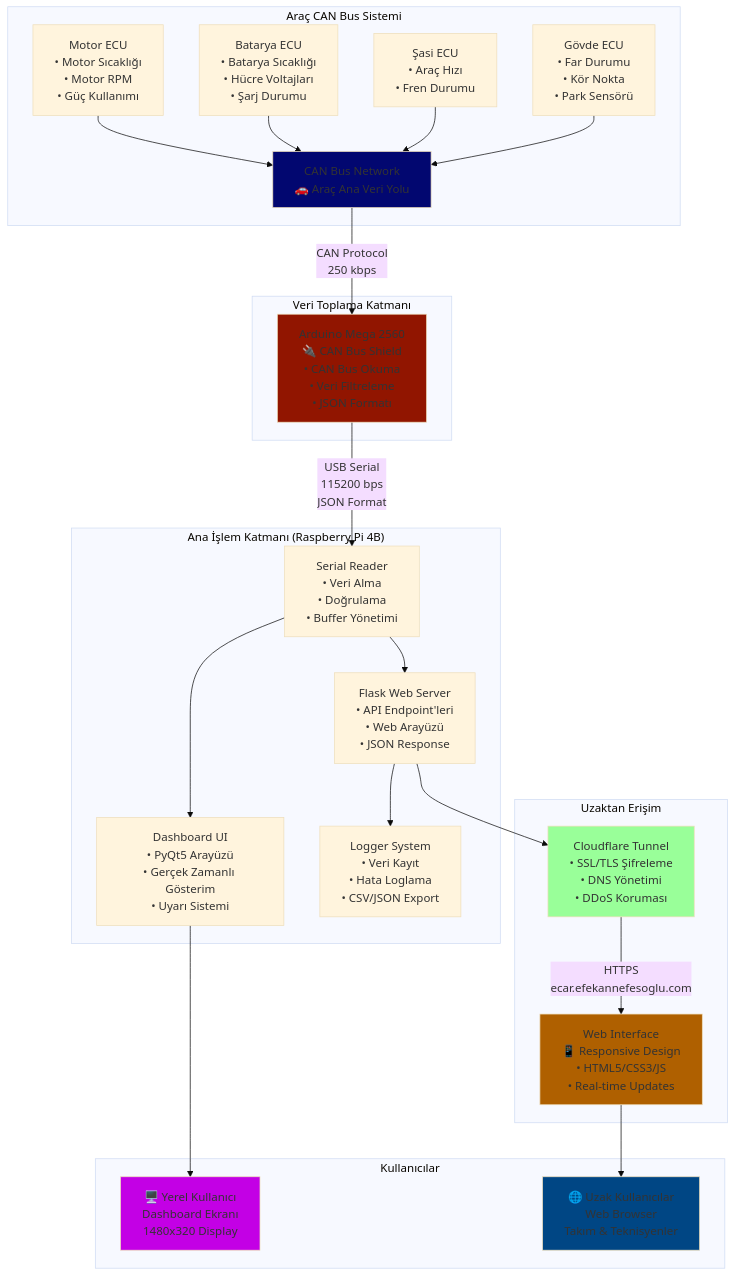
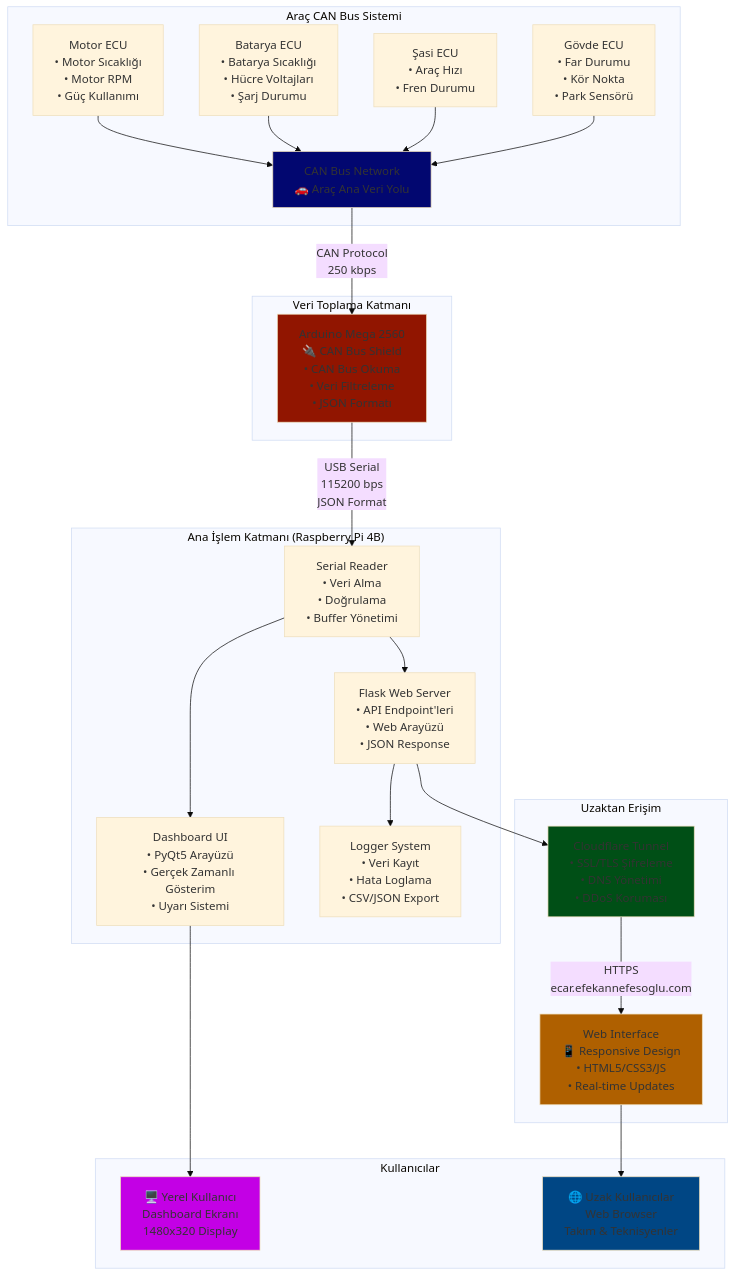
Before and after one commit to efekannn5/TelemetryBiltekBaru: the diagram in README.md, drawn with Mermaid (base theme).

````diff
--- a/README.md
+++ b/README.md
@@ -45,53 +45,53 @@
 ```mermaid
 graph TB
     subgraph "Araç CAN Bus Sistemi"
         CAN["CAN Bus Network<br/>🚗 Araç Ana Veri Yolu"]
         ECU1["Motor ECU<br/>• Motor Sıcaklığı<br/>• Motor RPM<br/>• Güç Kullanımı"]
         ECU2["Batarya ECU<br/>• Batarya Sıcaklığı<br/>• Hücre Voltajları<br/>• Şarj Durumu"]
         ECU3["Şasi ECU<br/>• Araç Hızı<br/>• Fren Durumu"]
         ECU4["Gövde ECU<br/>• Far Durumu<br/>• Kör Nokta<br/>• Park Sensörü"]
         
         ECU1 --> CAN
         ECU2 --> CAN
         ECU3 --> CAN
         ECU4 --> CAN
     end
     
     subgraph "Veri Toplama Katmanı"
         ARDUINO["Arduino Mega 2560<br/>🔌 CAN Bus Shield<br/>• CAN Bus Okuma<br/>• Veri Filtreleme<br/>• JSON Formatı"]
     end
     
     subgraph "Ana İşlem Katmanı (Raspberry Pi 4B)"
         SERIAL["Serial Reader<br/>• Veri Alma<br/>• Doğrulama<br/>• Buffer Yönetimi"]
         DASHBOARD["Dashboard UI<br/>• PyQt5 Arayüzü<br/>• Gerçek Zamanlı Gösterim<br/>• Uyarı Sistemi"]
         FLASK["Flask Web Server<br/>• API Endpoint'leri<br/>• Web Arayüzü<br/>• JSON Response"]
         LOGGER["Logger System<br/>• Veri Kayıt<br/>• Hata Loglama<br/>• CSV/JSON Export"]
     end
     
     subgraph "Uzaktan Erişim"
         CLOUDFLARE["Cloudflare Tunnel<br/>• SSL/TLS Şifreleme<br/>• DNS Yönetimi<br/>• DDoS Koruması"]
         WEB["Web Interface<br/>📱 Responsive Design<br/>• HTML5/CSS3/JS<br/>• Real-time Updates"]
     end
     
     subgraph "Kullanıcılar"
         LOCAL["🖥️ Yerel Kullanıcı<br/>Dashboard Ekranı<br/>1480x320 Display"]
         REMOTE["🌐 Uzak Kullanıcılar<br/>Web Browser<br/>Takım & Teknisyenler"]
     end
     
     CAN -->|CAN Protocol<br/>250 kbps| ARDUINO
     ARDUINO -->|USB Serial<br/>115200 bps<br/>JSON Format| SERIAL
     SERIAL --> DASHBOARD
     SERIAL --> FLASK
     DASHBOARD --> LOCAL
     FLASK --> LOGGER
     FLASK --> CLOUDFLARE
     CLOUDFLARE -->|HTTPS<br/>ecar.efekannefesoglu.com| WEB
     WEB --> REMOTE
     
     style ARDUINO fill:#911500
     style CAN fill:#020770
-    style CLOUDFLARE fill:#99ff99
+    style CLOUDFLARE fill:#004f16
     style WEB fill:#af6000
     style LOCAL fill:#c300e5
     style REMOTE fill:#004684
 ```
````
